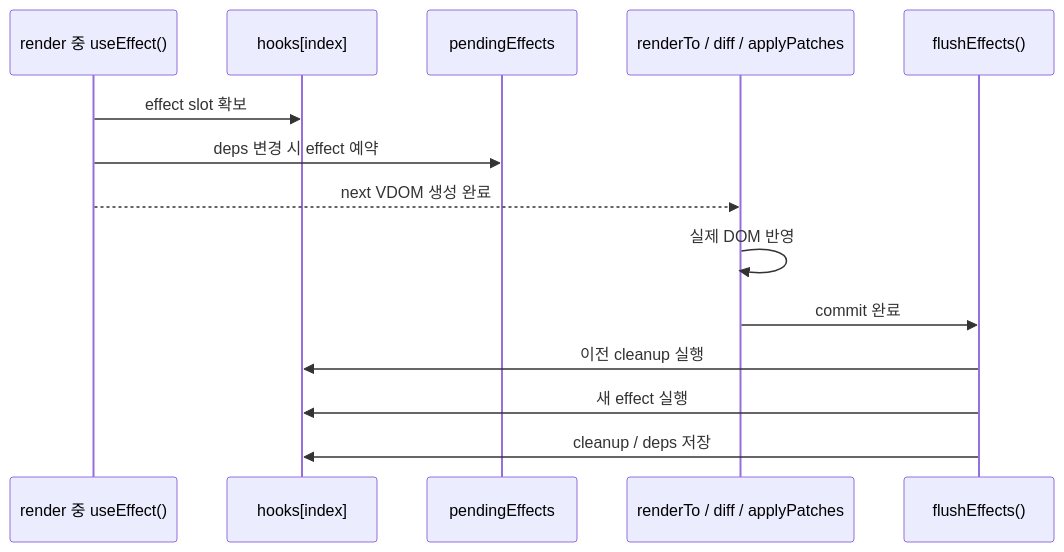
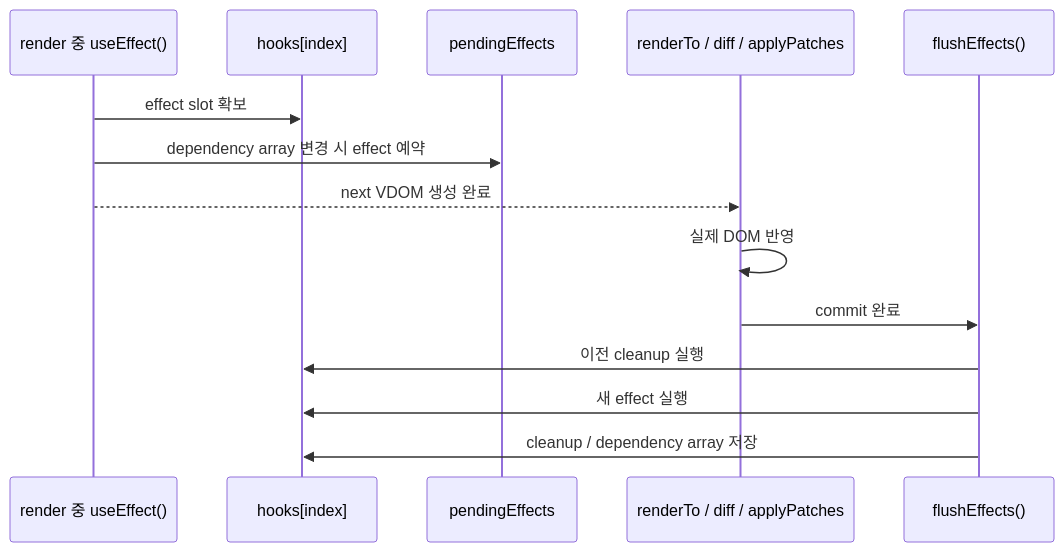
One commit to devhyun05/week5-react changed the second of 5 diagrams in README.md. Above: the diagram before and after it, drawn with Mermaid.

````diff
--- a/README.md
+++ b/README.md
@@ -22,17 +22,17 @@
 ```mermaid
 sequenceDiagram
     participant Render as render 중 useEffect()
     participant Hook as hooks[index]
     participant Queue as pendingEffects
     participant DOM as renderTo / diff / applyPatches
     participant Flush as flushEffects()
 
     Render->>Hook: effect slot 확보
-    Render->>Queue: deps 변경 시 effect 예약
+    Render->>Queue: dependency array 변경 시 effect 예약
     Render-->>DOM: next VDOM 생성 완료
     DOM->>DOM: 실제 DOM 반영
     DOM->>Flush: commit 완료
     Flush->>Hook: 이전 cleanup 실행
     Flush->>Hook: 새 effect 실행
-    Flush->>Hook: cleanup / deps 저장
+    Flush->>Hook: cleanup / dependency array 저장
 ```
````
